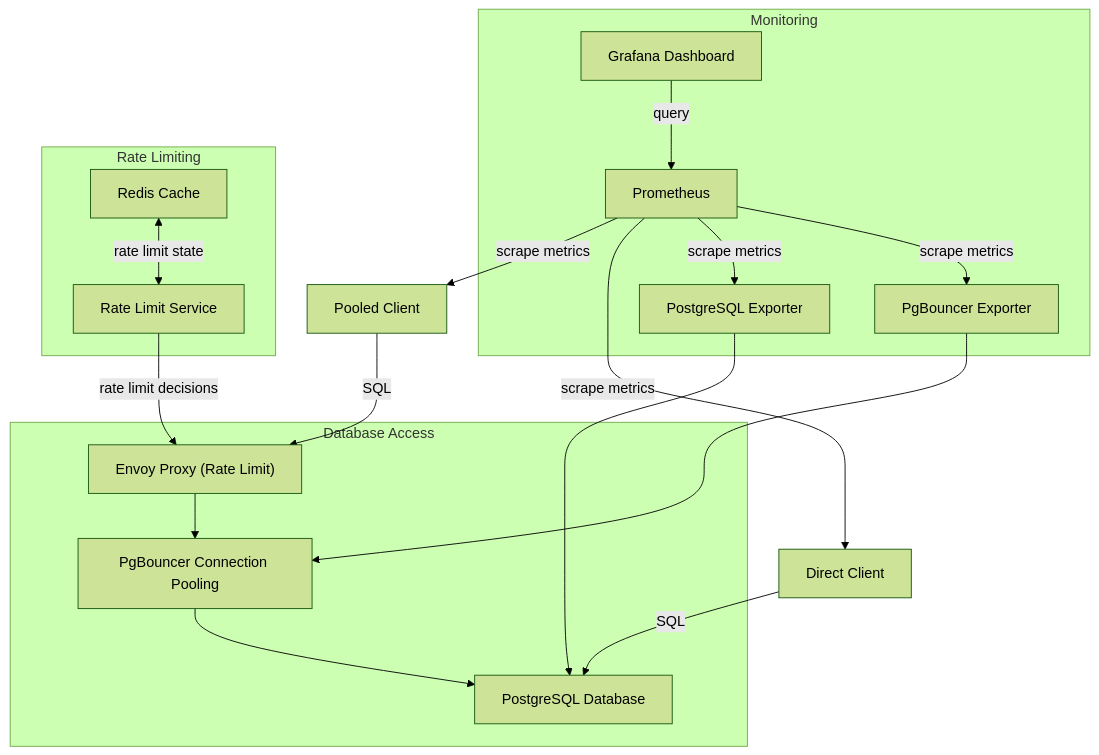
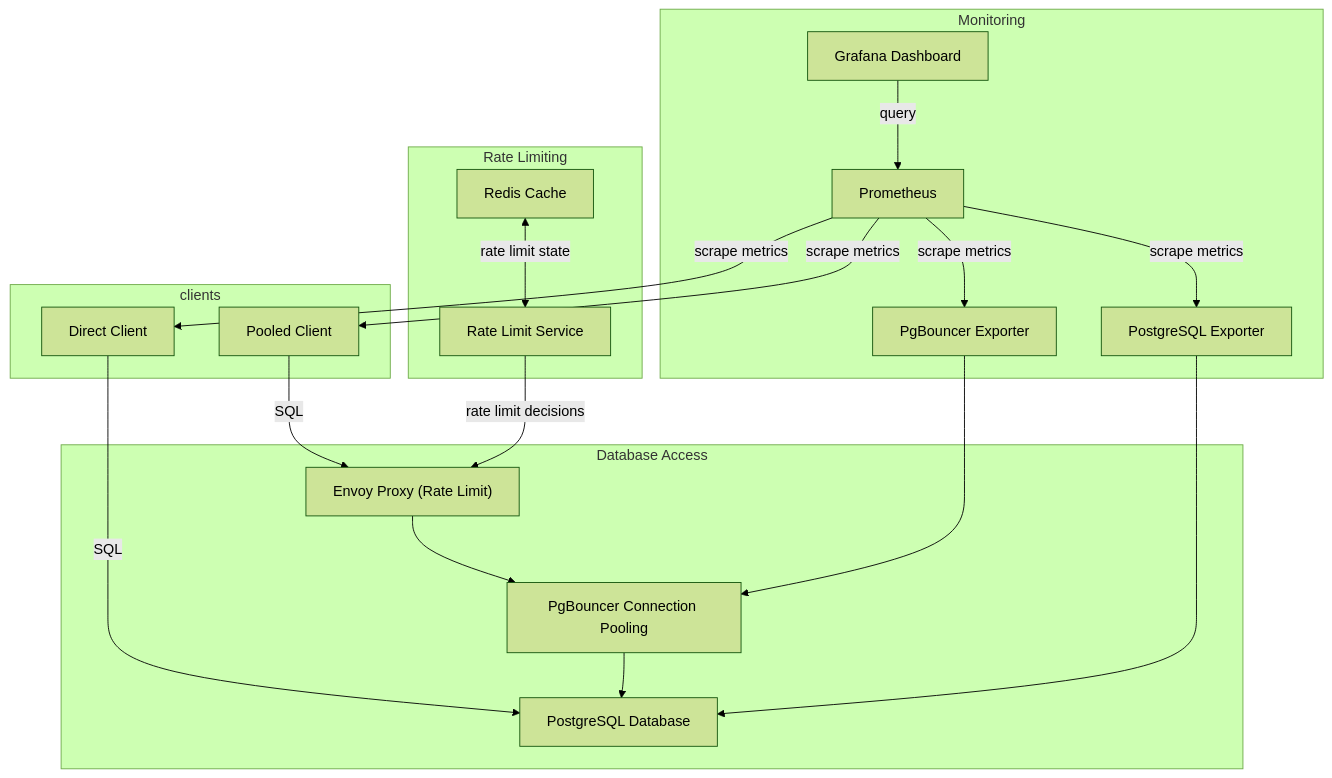
Before and after one commit to jbourdale/postgresql-pgbouncer-envoy: the diagram in README.md, drawn with Mermaid (forest theme).

Commit message:
update architectural graph

````diff
--- a/README.md
+++ b/README.md
@@ -20,34 +20,39 @@
 ```mermaid
 flowchart TD
     pooled_client[Pooled Client] -->|SQL| envoy["Envoy Proxy (Rate Limit)"]
     direct_client[Direct Client] -->|SQL| postgres
     envoy --> pgbouncer[PgBouncer Connection Pooling]
     pgbouncer --> postgres[PostgreSQL Database]
     ratelimit[Rate Limit Service] -->|rate limit decisions| envoy
     redis[Redis Cache] <-->|rate limit state| ratelimit
     prometheus[Prometheus] -->|scrape metrics| pooled_client
     prometheus -->|scrape metrics| direct_client
     prometheus -->|scrape metrics| postgres_exporter[PostgreSQL Exporter]
     prometheus -->|scrape metrics| pgbouncer_exporter[PgBouncer Exporter]
     postgres_exporter --> postgres
     pgbouncer_exporter --> pgbouncer
     grafana[Grafana Dashboard] -->|query| prometheus
     
     subgraph Monitoring
         prometheus
         grafana
         postgres_exporter
         pgbouncer_exporter
     end
     
     subgraph Rate Limiting
         ratelimit
         redis
     end
     
     subgraph Database Access
         envoy
         pgbouncer
         postgres
     end
+
+    subgraph clients
+        pooled_client
+        direct_client
+    end
 ```
````
